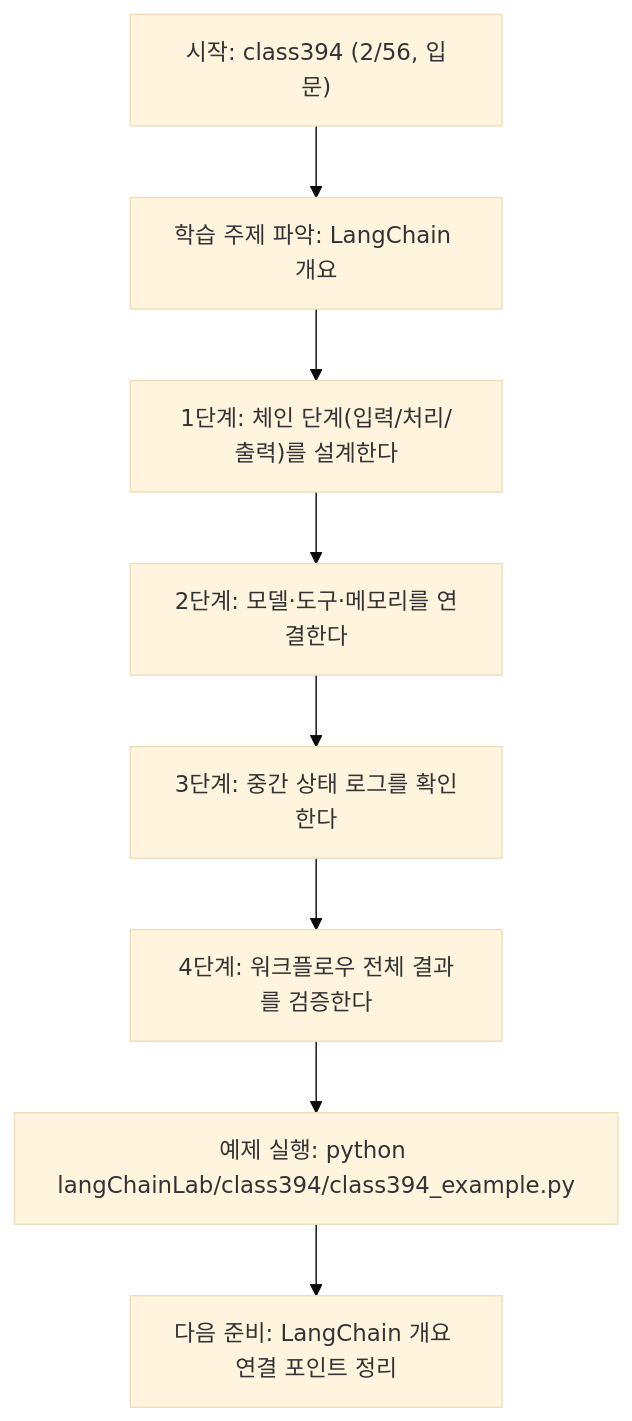
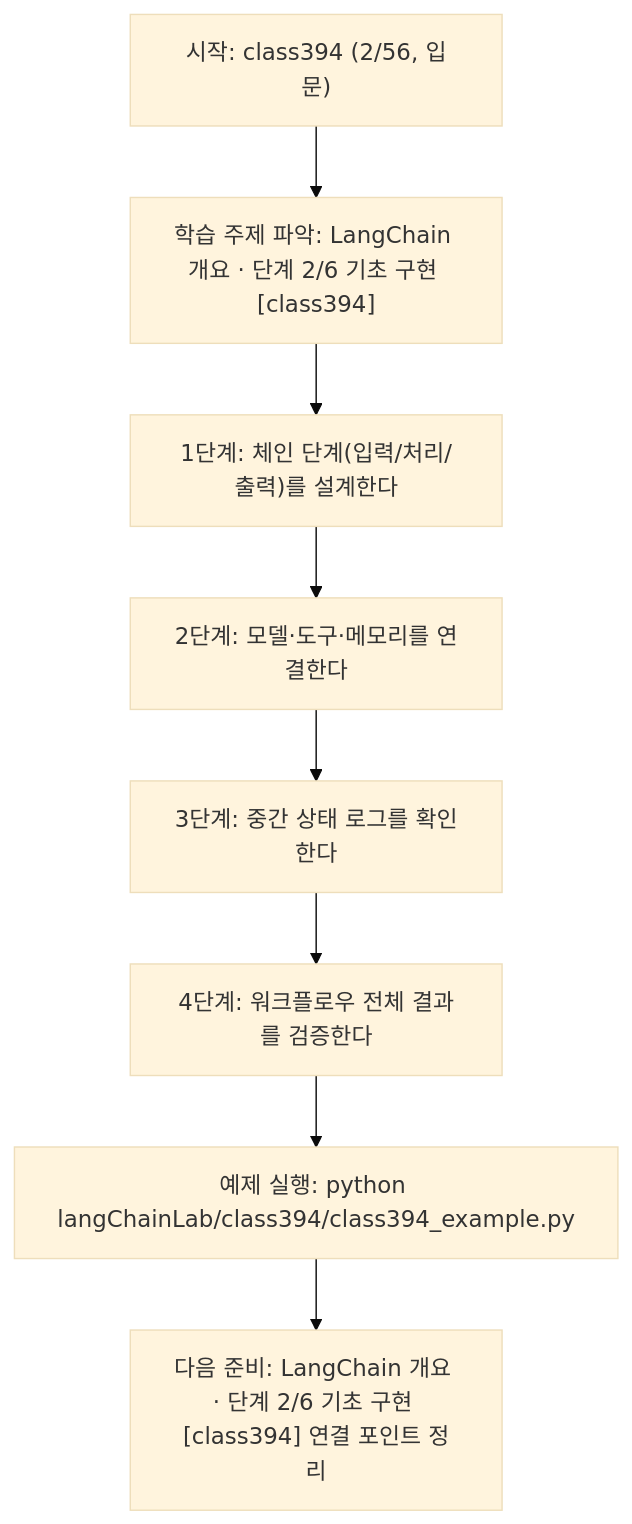
One commit to edumgt/Python-AI_Agent-Class changed the diagram in langChainLab/class394/class394.md. Above: the diagram before and after it, drawn with Mermaid (base theme). The commit also changed other lines of this file and 522 other files, not shown here.

````diff
--- a/langChainLab/class394/class394.md
+++ b/langChainLab/class394/class394.md
@@ -108,18 +109,18 @@
 ```mermaid
 flowchart TD
 N1["시작: class394 (2/56, 입문)"]
-N2["학습 주제 파악: LangChain 개요"]
+N2["학습 주제 파악: LangChain 개요 · 단계 2/6 기초 구현 [class394]"]
 N3["1단계: 체인 단계(입력/처리/출력)를 설계한다"]
 N4["2단계: 모델·도구·메모리를 연결한다"]
 N5["3단계: 중간 상태 로그를 확인한다"]
 N6["4단계: 워크플로우 전체 결과를 검증한다"]
 N7["예제 실행: python langChainLab/class394/class394_example.py"]
-N8["다음 준비: LangChain 개요 연결 포인트 정리"]
+N8["다음 준비: LangChain 개요 · 단계 2/6 기초 구현 [class394] 연결 포인트 정리"]
 N1 --> N2
 N2 --> N3
 N3 --> N4
 N4 --> N5
 N5 --> N6
 N6 --> N7
 N7 --> N8
 ```
````
